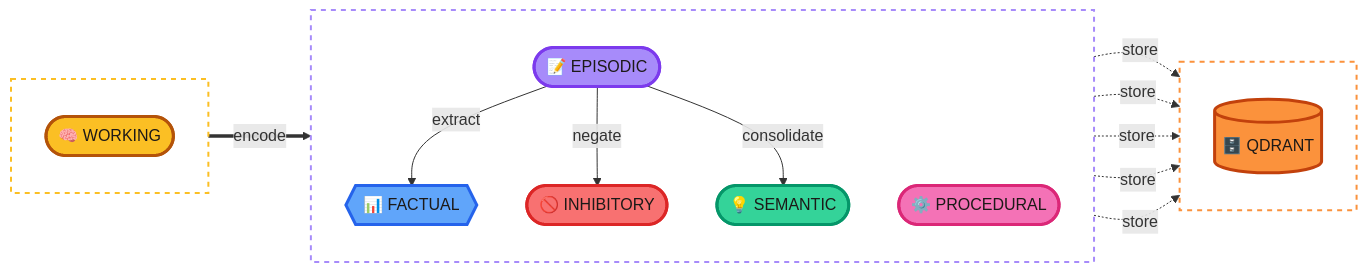
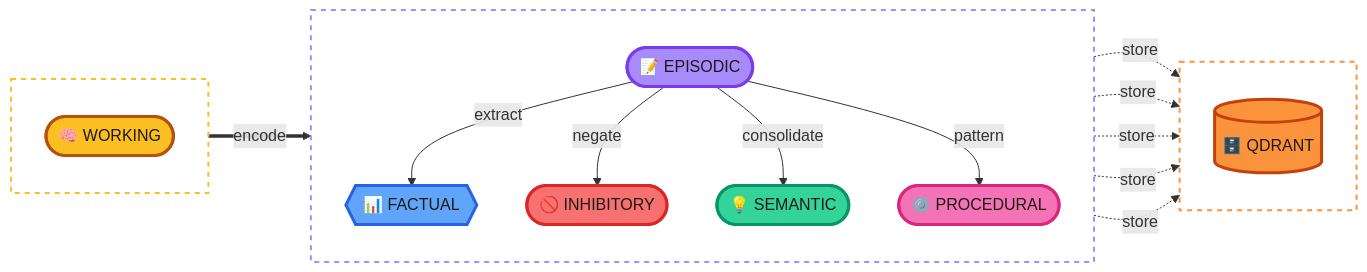
The diagram in README.md (ashita-ai/engram), drawn with Mermaid before and after one commit.

Commit message:
Fix README mermaid: add missing PROC creation arrow
PROC (Procedural) had a store arrow but no incoming creation arrow.
Added EP -->|pattern| PROC to show procedural memories are derived
from pattern detection across episodes during consolidation.

````diff
--- a/README.md
+++ b/README.md
@@ -62,44 +62,45 @@
 ```mermaid
 flowchart LR
     subgraph INPUT [" "]
         direction TB
         WM([🧠 WORKING])
     end
 
     subgraph CORE [" "]
         direction TB
         EP([📝 EPISODIC])
         FACT{{📊 FACTUAL}}
         SEM([💡 SEMANTIC])
         PROC([⚙️ PROCEDURAL])
         INH([🚫 INHIBITORY])
     end
 
     subgraph STORE [" "]
         direction TB
         QD[(🗄️ QDRANT)]
     end
 
     WM ==>|encode| EP
     EP -->|extract| FACT
     EP -->|negate| INH
     EP -->|consolidate| SEM
+    EP -->|pattern| PROC
 
     EP -.->|store| QD
     FACT -.->|store| QD
     SEM -.->|store| QD
     PROC -.->|store| QD
     INH -.->|store| QD
 
     style WM fill:#fbbf24,stroke:#b45309,stroke-width:3px,color:#1c1917
     style EP fill:#a78bfa,stroke:#7c3aed,stroke-width:3px,color:#1c1917
     style FACT fill:#60a5fa,stroke:#2563eb,stroke-width:3px,color:#1c1917
     style SEM fill:#34d399,stroke:#059669,stroke-width:3px,color:#1c1917
     style PROC fill:#f472b6,stroke:#db2777,stroke-width:3px,color:#1c1917
     style INH fill:#f87171,stroke:#dc2626,stroke-width:3px,color:#1c1917
     style QD fill:#fb923c,stroke:#c2410c,stroke-width:3px,color:#1c1917
 
     style INPUT fill:transparent,stroke:#fbbf24,stroke-width:2px,stroke-dasharray:5
     style CORE fill:transparent,stroke:#a78bfa,stroke-width:2px,stroke-dasharray:5
     style STORE fill:transparent,stroke:#fb923c,stroke-width:2px,stroke-dasharray:5
 ```
````
